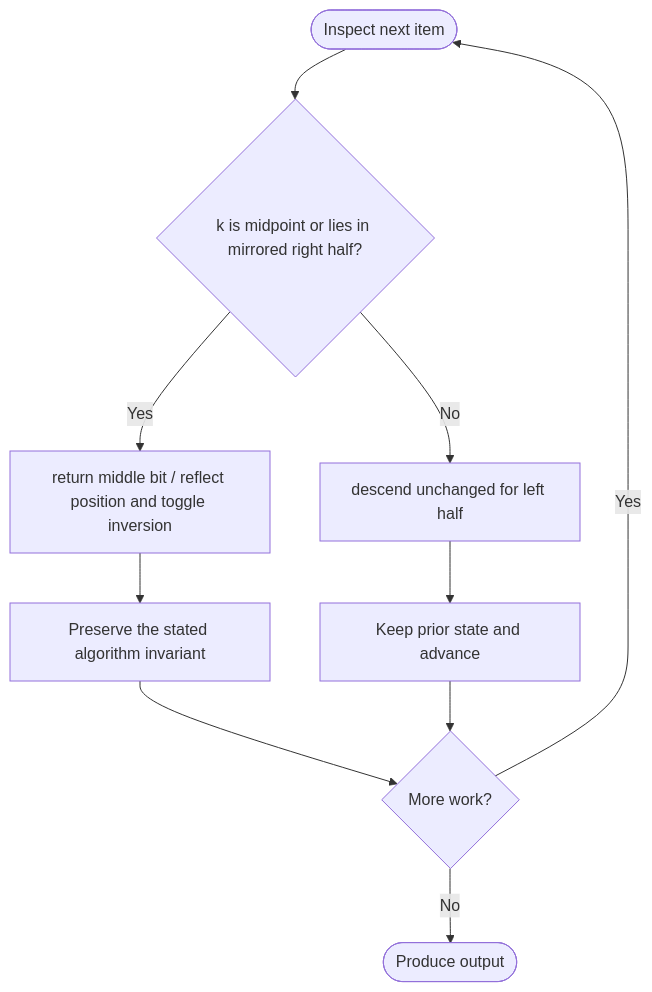
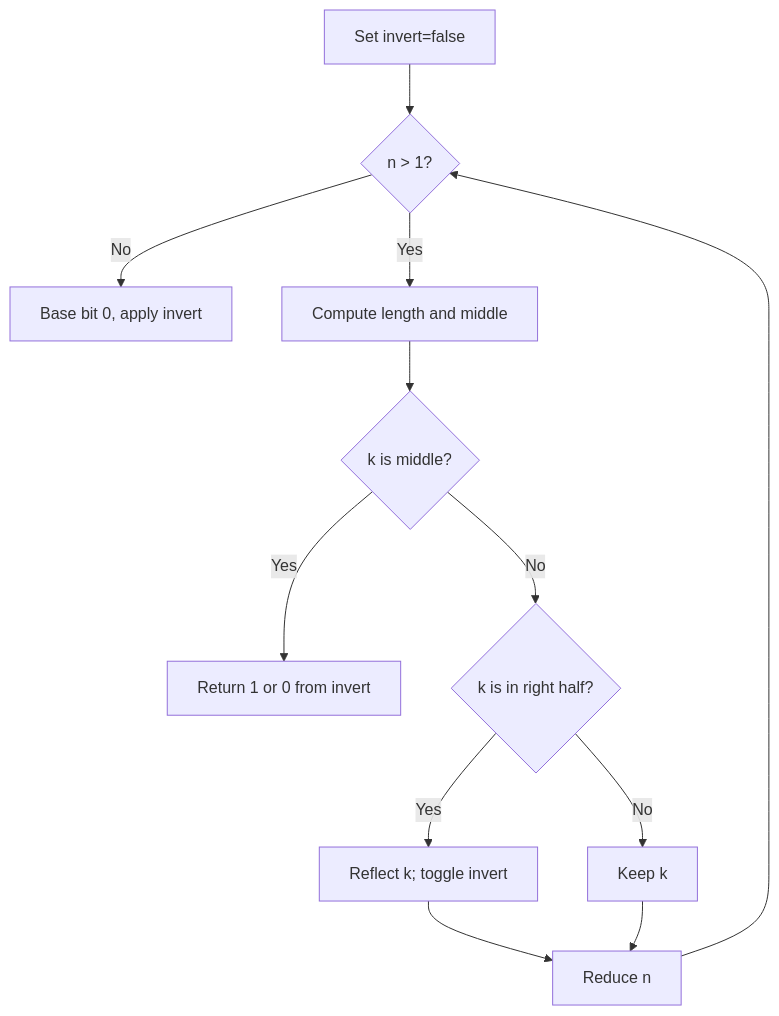
Before and after one commit to SAIDEEPBHANGE/C-CPP-Codes: the diagram in LeetCode/1545/README.md, drawn with Mermaid. The commit also changed other lines of this file and 196 other files, not shown here.

````diff
--- a/LeetCode/1545/README.md
+++ b/LeetCode/1545/README.md
@@ -28,12 +29,14 @@
 ```mermaid
 flowchart TD
-    A([Inspect next item]) --> B{k is midpoint or lies in mirrored right half?}
-    B -- Yes --> C[return middle bit / reflect position and toggle inversion]
-    B -- No --> D[descend unchanged for left half]
-    C --> E[Preserve the stated algorithm invariant]
-    D --> F[Keep prior state and advance]
-    E --> G{More work?}
-    F --> G
-    G -- Yes --> A
-    G -- No --> H([Produce output])
+    A[Set invert=false] --> B{n > 1?}
+    B -- No --> C[Base bit 0, apply invert]
+    B -- Yes --> D[Compute length and middle]
+    D --> E{k is middle?}
+    E -- Yes --> F[Return 1 or 0 from invert]
+    E -- No --> G{k is in right half?}
+    G -- Yes --> H[Reflect k; toggle invert]
+    G -- No --> I[Keep k]
+    H --> J[Reduce n]
+    I --> J
+    J --> B
 ```
````
